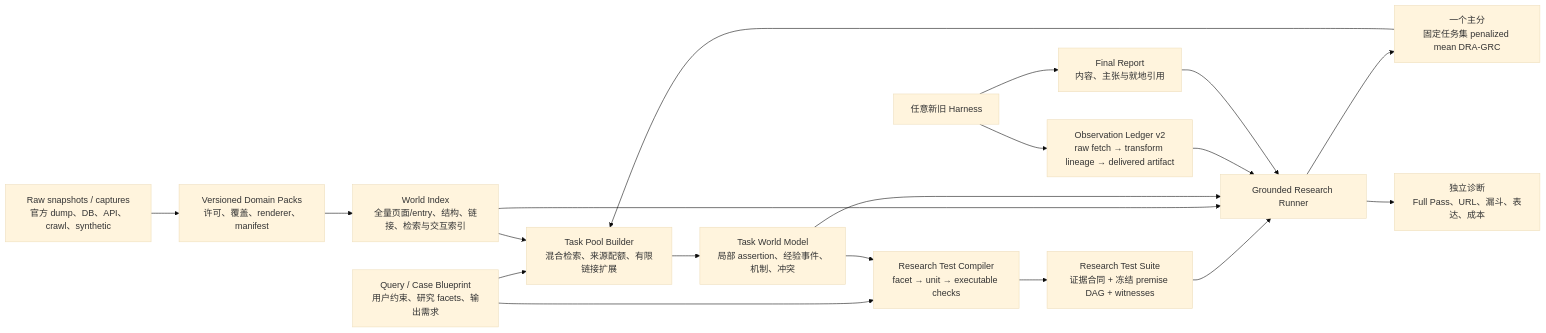
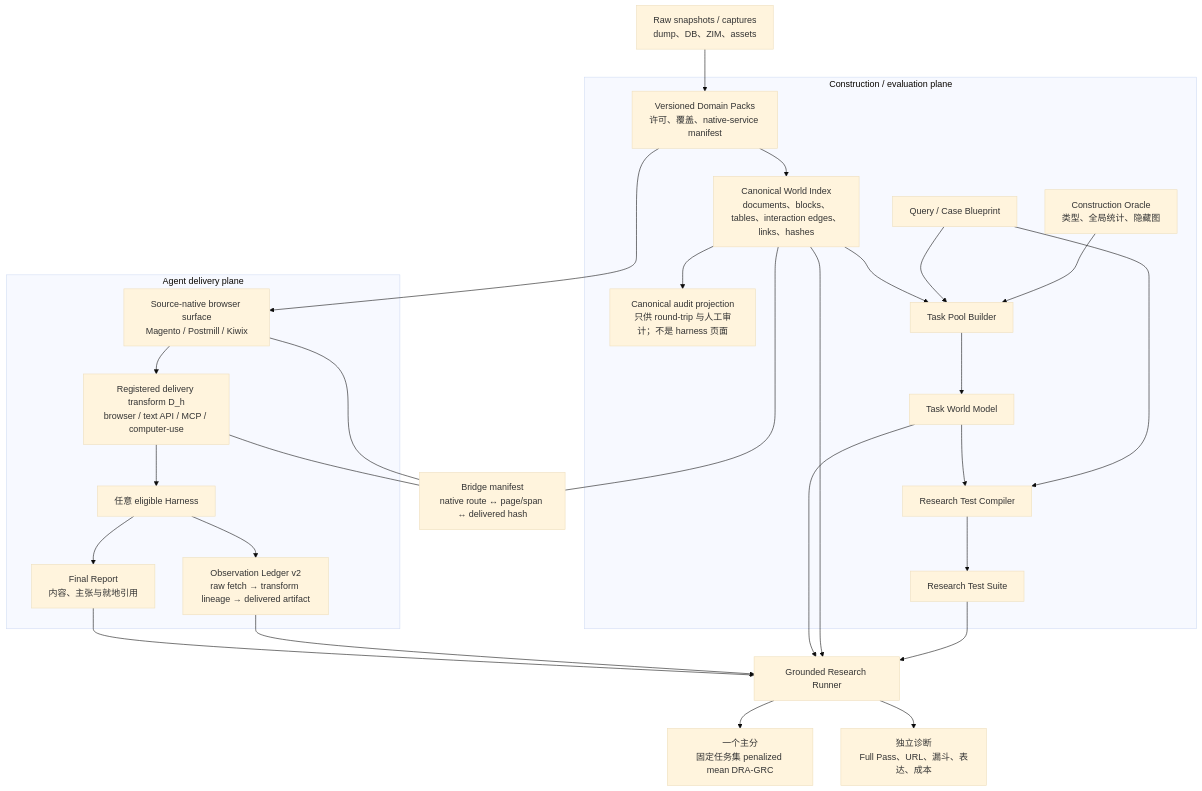
Before and after one commit to yibol9768-alt/deep-research-arena: the first of 3 diagrams in docs/DRA_SANDBOX_NATIVE_SCORING_DESIGN_2026-07-17.md, drawn with Mermaid (base theme). The commit also changed other lines of this file and 28 other files, not shown here.

Commit message:
Implement resumable world index compilers

````diff
--- a/docs/DRA_SANDBOX_NATIVE_SCORING_DESIGN_2026-07-17.md
+++ b/docs/DRA_SANDBOX_NATIVE_SCORING_DESIGN_2026-07-17.md
@@ -475,21 +567,37 @@
 ```mermaid
-flowchart LR
-    A["Raw snapshots / captures<br/>官方 dump、DB、API、crawl、synthetic"] --> P["Versioned Domain Packs<br/>许可、覆盖、renderer、manifest"]
-    P --> B["World Index<br/>全量页面/entry、结构、链接、检索与交互索引"]
-    O["Construction Oracle<br/>实体类型、全局统计、隐藏图"] --> C
-    Q["Query / Case Blueprint<br/>用户约束、研究 facets、输出需求"] --> C["Task Pool Builder<br/>混合检索、来源配额、有限链接扩展"]
-    B --> C
-    C --> D["Task World Model<br/>局部 assertion、经验事件、机制、冲突"]
-    Q --> E["Research Test Compiler<br/>facet → unit → executable checks"]
-    D --> E
-    E --> T["Research Test Suite<br/>证据合同 + 冻结 premise DAG + witnesses"]
-    H["任意新旧 Harness"] --> L["Observation Ledger v2<br/>raw fetch → transform lineage → delivered artifact"]
-    H --> R["Final Report<br/>内容、主张与就地引用"]
-    T --> S["Grounded Research Runner"]
-    B --> S
-    D --> S
-    L --> S
-    R --> S
-    S --> O["一个主分<br/>固定任务集 penalized mean DRA-GRC"]
-    S --> X["独立诊断<br/>Full Pass、URL、漏斗、表达、成本"]
+flowchart TB
+    RAW["Raw snapshots / captures<br/>dump、DB、ZIM、assets"] --> PACK["Versioned Domain Packs<br/>许可、覆盖、native-service manifest"]
+
+    subgraph CP["Construction / evaluation plane"]
+      PACK --> WI["Canonical World Index<br/>documents、blocks、tables、interaction edges、links、hashes"]
+      WI --> AUD["Canonical audit projection<br/>只供 round-trip 与人工审计；不是 harness 页面"]
+      CORACLE["Construction Oracle<br/>类型、全局统计、隐藏图"] --> POOL["Task Pool Builder"]
+      QUERY["Query / Case Blueprint"] --> POOL
+      WI --> POOL
+      POOL --> TWM["Task World Model"]
+      QUERY --> RTC["Research Test Compiler"]
+      TWM --> RTC
+      RTC --> RTS["Research Test Suite"]
+    end
+
+    subgraph AP["Agent delivery plane"]
+      PACK --> NATIVE["Source-native browser surface<br/>Magento / Postmill / Kiwix"]
+      NATIVE --> ADAPTER["Registered delivery transform D_h<br/>browser / text API / MCP / computer-use"]
+      ADAPTER --> HARNESS["任意 eligible Harness"]
+      HARNESS --> LEDGER["Observation Ledger v2<br/>raw fetch → transform lineage → delivered artifact"]
+      HARNESS --> REPORT["Final Report<br/>内容、主张与就地引用"]
+    end
+
+    BRIDGE["Bridge manifest<br/>native route ↔ page/span ↔ delivered hash"]
+    NATIVE --- BRIDGE
+    WI --- BRIDGE
+    ADAPTER --- BRIDGE
+
+    RTS --> RUNNER["Grounded Research Runner"]
+    WI --> RUNNER
+    TWM --> RUNNER
+    LEDGER --> RUNNER
+    REPORT --> RUNNER
+    RUNNER --> SCORE["一个主分<br/>固定任务集 penalized mean DRA-GRC"]
+    RUNNER --> DIAG["独立诊断<br/>Full Pass、URL、漏斗、表达、成本"]
 ```
````
